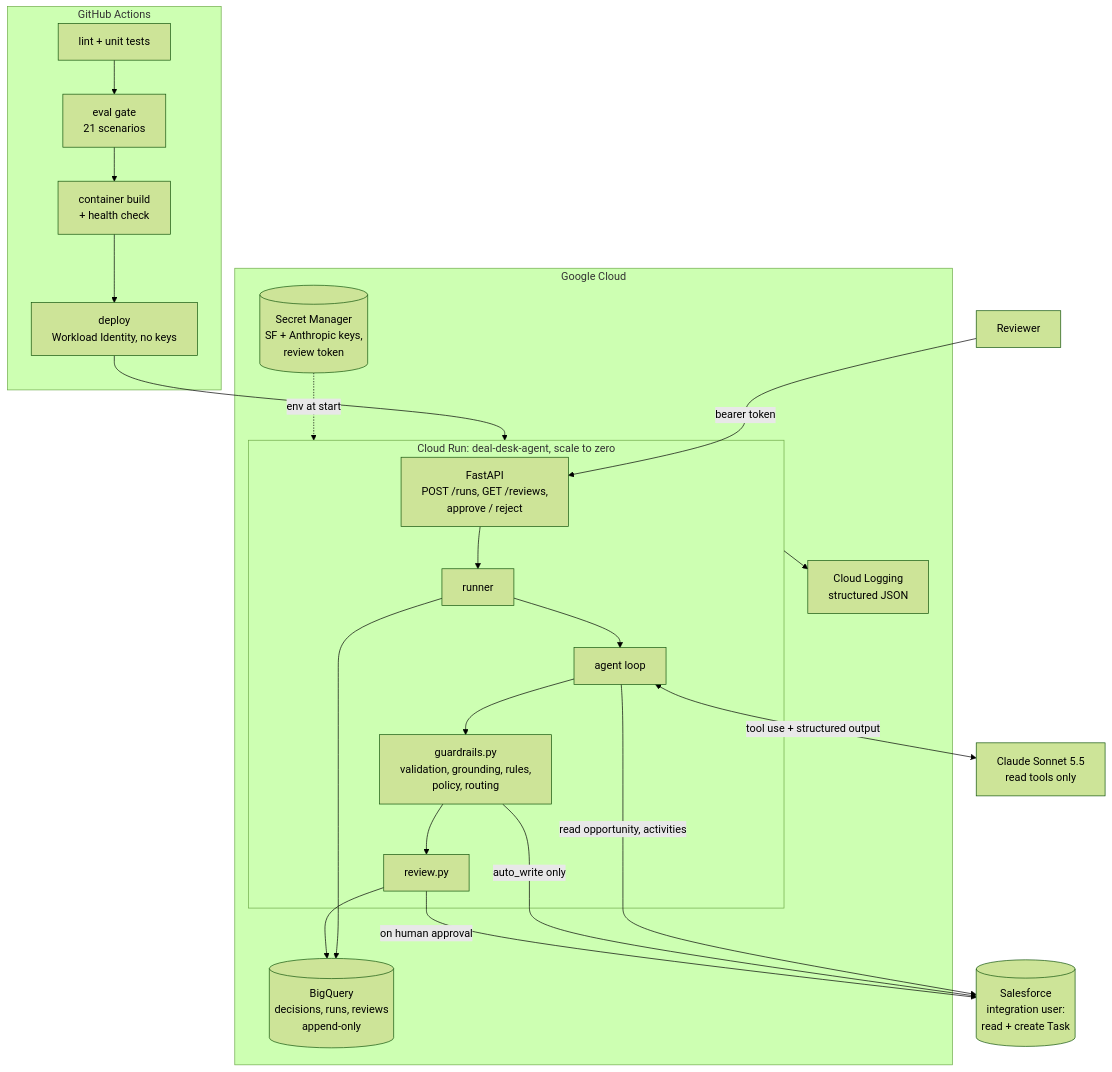
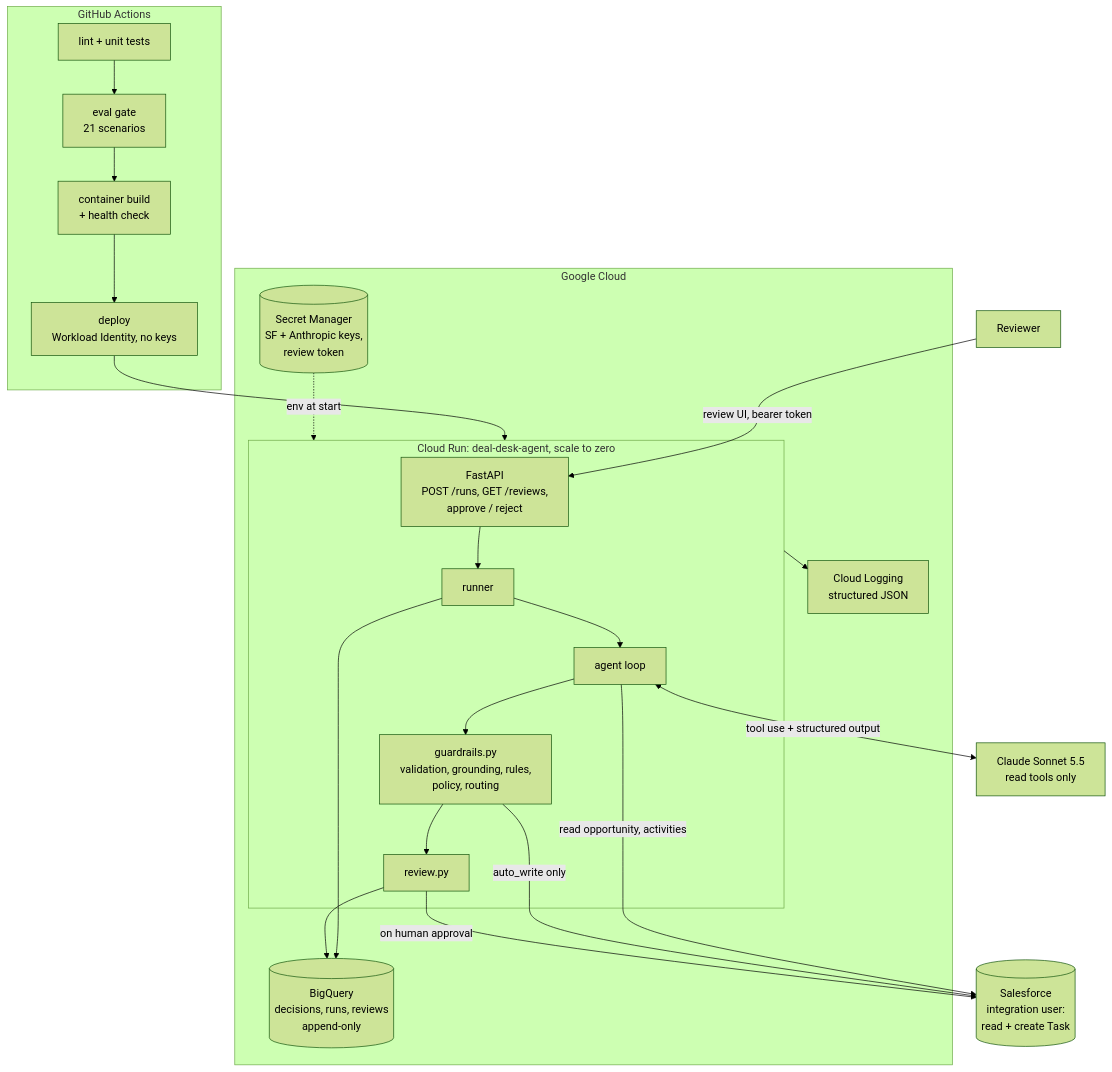
The diagram in README.md (drPolPat/deal-desk-agent), drawn with Mermaid (forest theme) before and after one commit. The commit also changed other lines of this file, not shown here.

Commit message:
README: review UI

````diff
--- a/README.md
+++ b/README.md
@@ -68,32 +68,32 @@
 ```mermaid
 flowchart TB
     subgraph GH[GitHub Actions]
         CI[lint + unit tests] --> EV[eval gate<br/>21 scenarios] --> IMG[container build<br/>+ health check] --> DEP[deploy<br/>Workload Identity, no keys]
     end
 
     subgraph GCP[Google Cloud]
         SM[(Secret Manager<br/>SF + Anthropic keys,<br/>review token)]
         subgraph CR[Cloud Run: deal-desk-agent, scale to zero]
             API[FastAPI<br/>POST /runs, GET /reviews,<br/>approve / reject] --> RUN[runner]
             RUN --> AG[agent loop]
             AG --> G[guardrails.py<br/>validation, grounding, rules,<br/>policy, routing]
             G --> RQ[review.py]
         end
         BQ[(BigQuery<br/>decisions, runs, reviews<br/>append-only)]
         LOG[Cloud Logging<br/>structured JSON]
     end
 
     CLAUDE[Claude Sonnet 5.5<br/>read tools only]
     SF[(Salesforce<br/>integration user:<br/>read + create Task)]
 
     DEP --> CR
     SM -. env at start .-> CR
     AG <-->|tool use + structured output| CLAUDE
     AG -->|read opportunity, activities| SF
     G -->|auto_write only| SF
     RQ -->|on human approval| SF
     RUN --> BQ
     RQ --> BQ
     CR --> LOG
-    REV[Reviewer] -->|bearer token| API
+    REV[Reviewer] -->|review UI, bearer token| API
 ```
````
